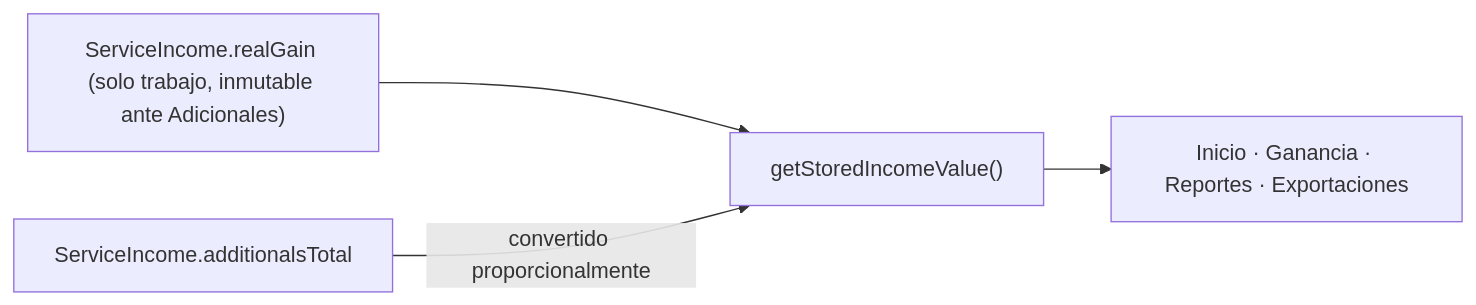
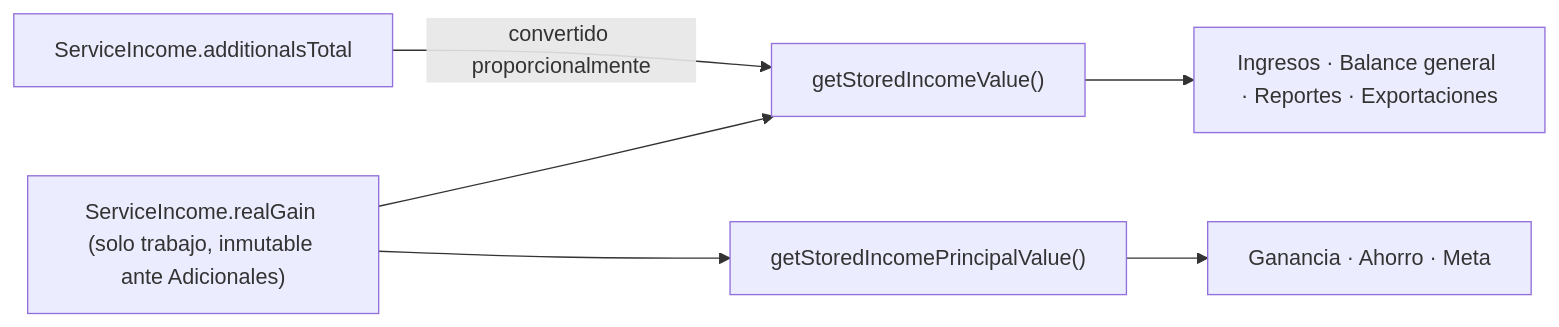
One commit to Orpira/finance-app changed the second of 2 diagrams in docs/architecture/09_DESIGN_PATTERNS.md. Above: the diagram before and after it, drawn with Mermaid. The commit also changed other lines of this file and 35 other files, not shown here.

````diff
--- a/docs/architecture/09_DESIGN_PATTERNS.md
+++ b/docs/architecture/09_DESIGN_PATTERNS.md
@@ -118,6 +118,8 @@
 ```mermaid
 flowchart LR
     G["ServiceIncome.realGain (solo trabajo, inmutable ante Adicionales)"] --> H["getStoredIncomeValue()"]
     I["ServiceIncome.additionalsTotal"] -->|"convertido proporcionalmente"| H
-    H --> J["Inicio · Ganancia · Reportes · Exportaciones"]
+    H --> J["Ingresos · Balance general · Reportes · Exportaciones"]
+    G --> K["getStoredIncomePrincipalValue()"]
+    K --> L["Ganancia · Ahorro · Meta"]
 ```
````
